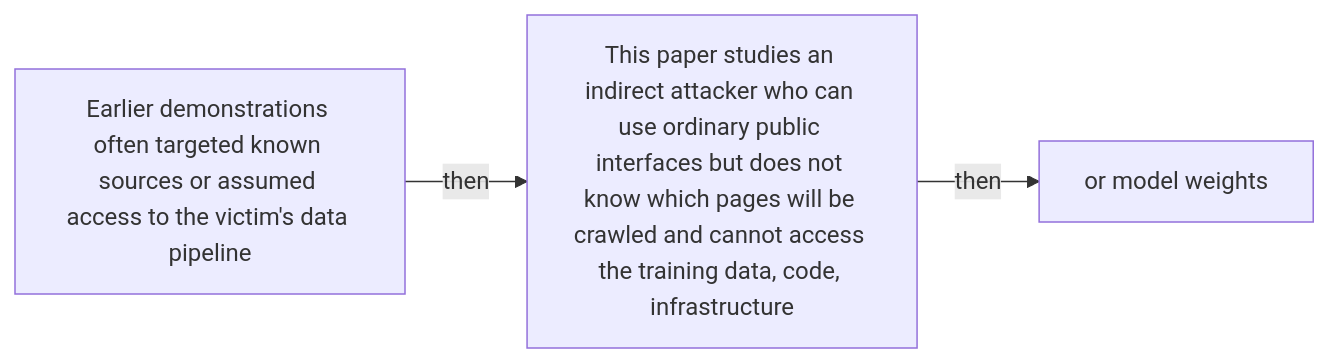
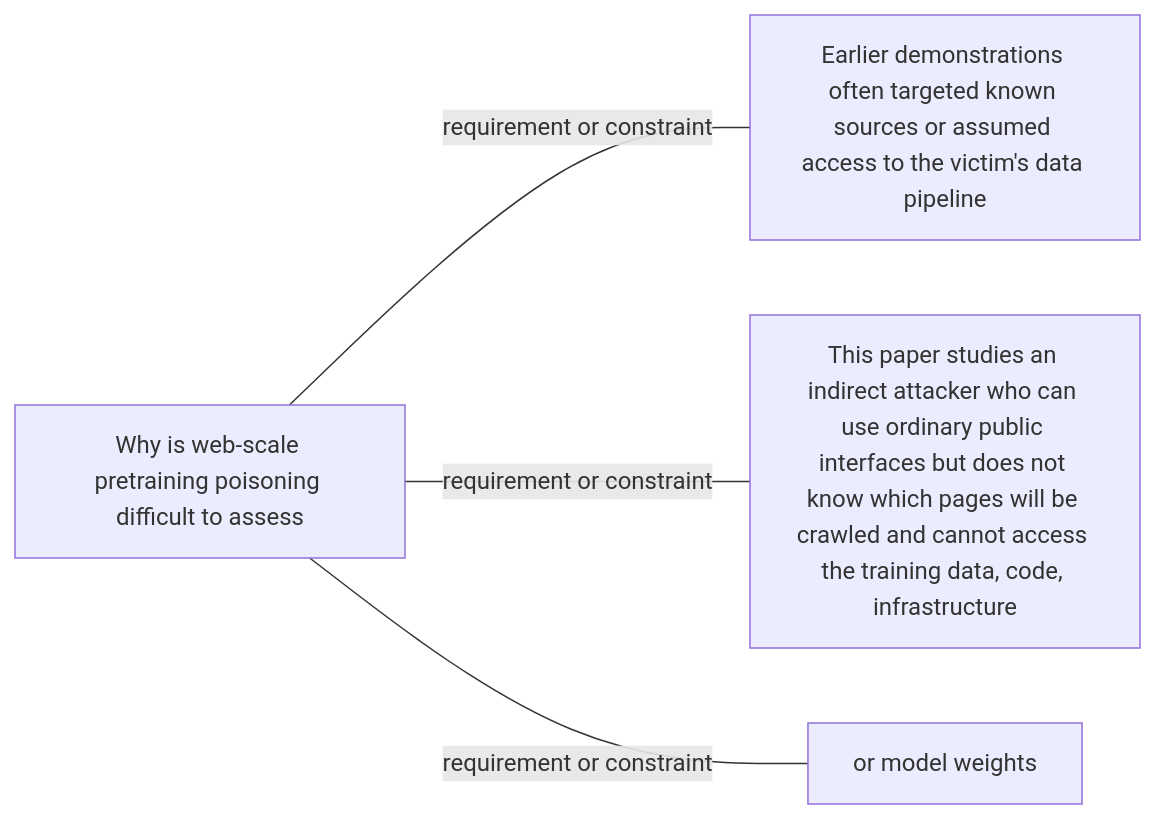
Before and after one commit to Betancourt1/paper_atlas: the sixth of 48 diagrams in docs/visual-manifests/VISUAL_MANIFEST_COMPUTATIONAL_PROPAGANDA.md, drawn with Mermaid. The commit also changed other lines of this file and 7 other files, not shown here.

````diff
--- a/docs/visual-manifests/VISUAL_MANIFEST_COMPUTATIONAL_PROPAGANDA.md
+++ b/docs/visual-manifests/VISUAL_MANIFEST_COMPUTATIONAL_PROPAGANDA.md
@@ -438,8 +442,10 @@
 ```mermaid
 flowchart LR
-  n1["Earlier demonstrations often targeted known sources or assumed access to the victim's data pipeline"]
-  n2["This paper studies an indirect attacker who can use ordinary public interfaces but does not know which pages will be crawled and cannot access the training data, code, infrastructure"]
-  n3["or model weights"]
-  n1 -->|"then"| n2
-  n2 -->|"then"| n3
+  center["Why is web-scale pretraining poisoning difficult to assess"]
+  f1["Earlier demonstrations often targeted known sources or assumed access to the victim's data pipeline"]
+  f2["This paper studies an indirect attacker who can use ordinary public interfaces but does not know which pages will be crawled and cannot access the training data, code, infrastructure"]
+  f3["or model weights"]
+  center ---|"requirement or constraint"| f1
+  center ---|"requirement or constraint"| f2
+  center ---|"requirement or constraint"| f3
 ```
````
